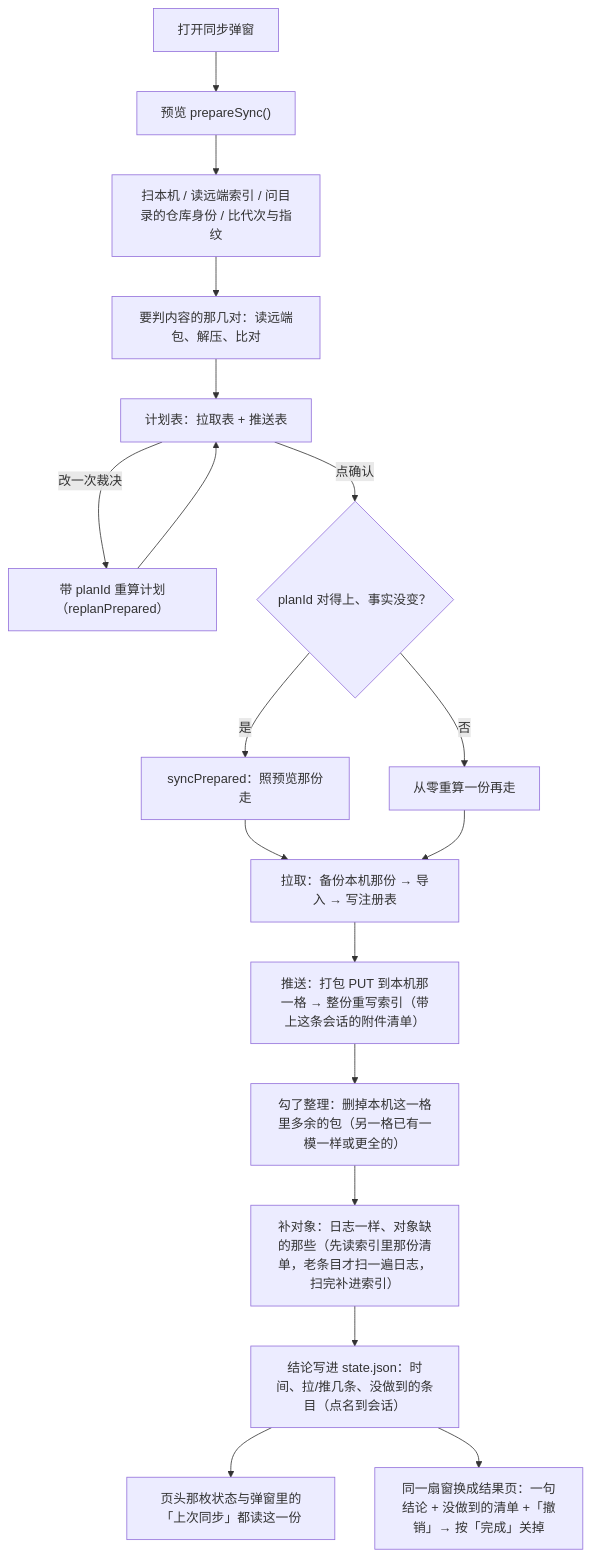
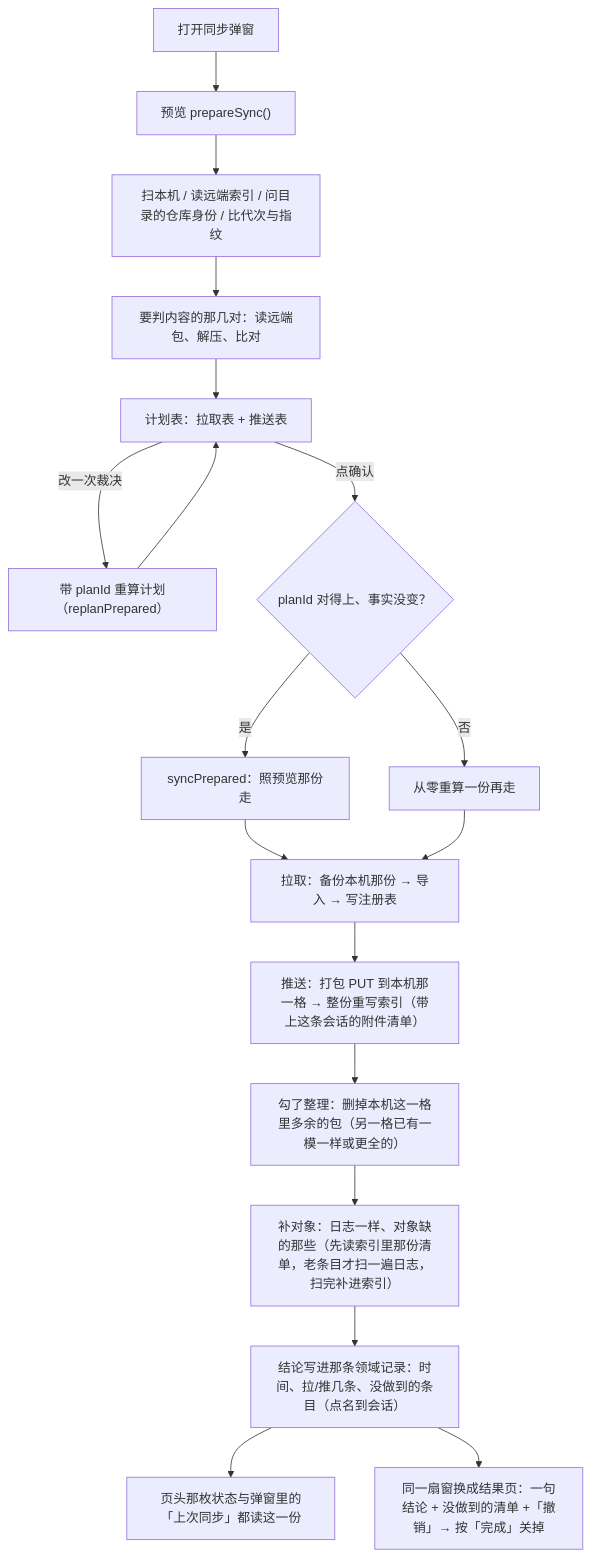
The third of 10 diagrams in docs/flows.md (he0119/dsh-session-manager), drawn with Mermaid before and after one commit. The commit also changed other lines of this file and 23 other files, not shown here.

````diff
--- a/docs/flows.md
+++ b/docs/flows.md
@@ -63,20 +63,20 @@
 ```mermaid
 flowchart TD
   A["打开同步弹窗"] --> B["预览 prepareSync()"]
   B --> B1["扫本机 / 读远端索引 / 问目录的仓库身份 / 比代次与指纹"]
   B1 --> B2["要判内容的那几对：读远端包、解压、比对"]
   B2 --> C["计划表：拉取表 + 推送表"]
   C -->|"改一次裁决"| D["带 planId 重算计划（replanPrepared）"]
   D --> C
   C -->|"点确认"| E{"planId 对得上、事实没变？"}
   E -->|"是"| F["syncPrepared：照预览那份走"]
   E -->|"否"| G["从零重算一份再走"]
   F --> H["拉取：备份本机那份 → 导入 → 写注册表"]
   G --> H
   H --> I["推送：打包 PUT 到本机那一格 → 整份重写索引（带上这条会话的附件清单）"]
   I --> K["勾了整理：删掉本机这一格里多余的包（另一格已有一模一样或更全的）"]
   K --> J["补对象：日志一样、对象缺的那些（先读索引里那份清单，老条目才扫一遍日志，扫完补进索引）"]
-  J --> L["结论写进 state.json：时间、拉/推几条、没做到的条目（点名到会话）"]
+  J --> L["结论写进那条领域记录：时间、拉/推几条、没做到的条目（点名到会话）"]
   L --> M["页头那枚状态与弹窗里的「上次同步」都读这一份"]
   L --> N["同一扇窗换成结果页：一句结论 + 没做到的清单 +「撤销」→ 按「完成」关掉"]
 ```
````
